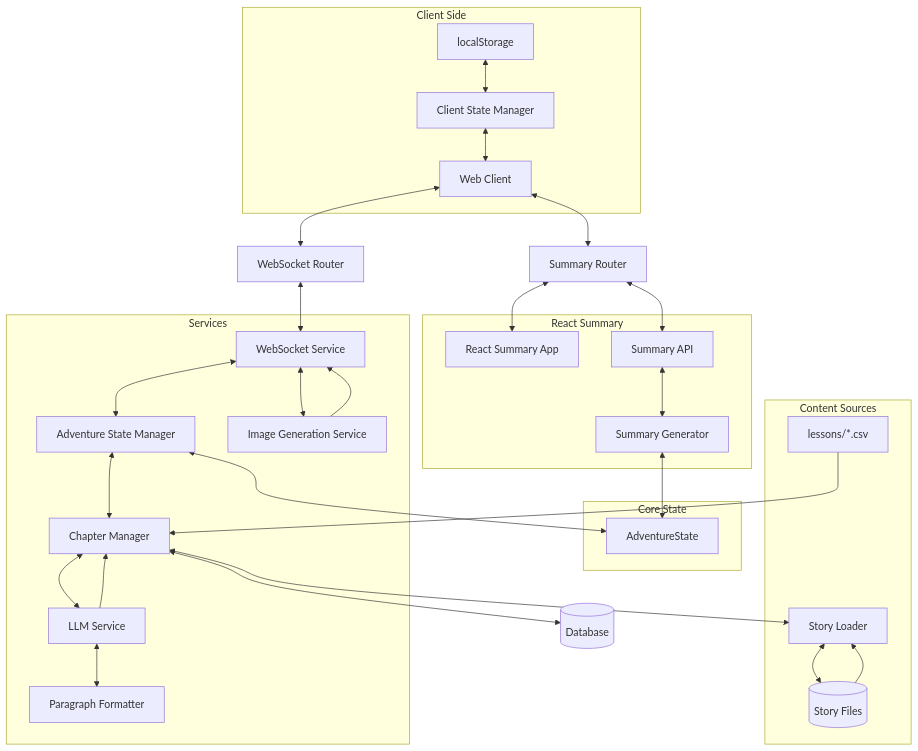
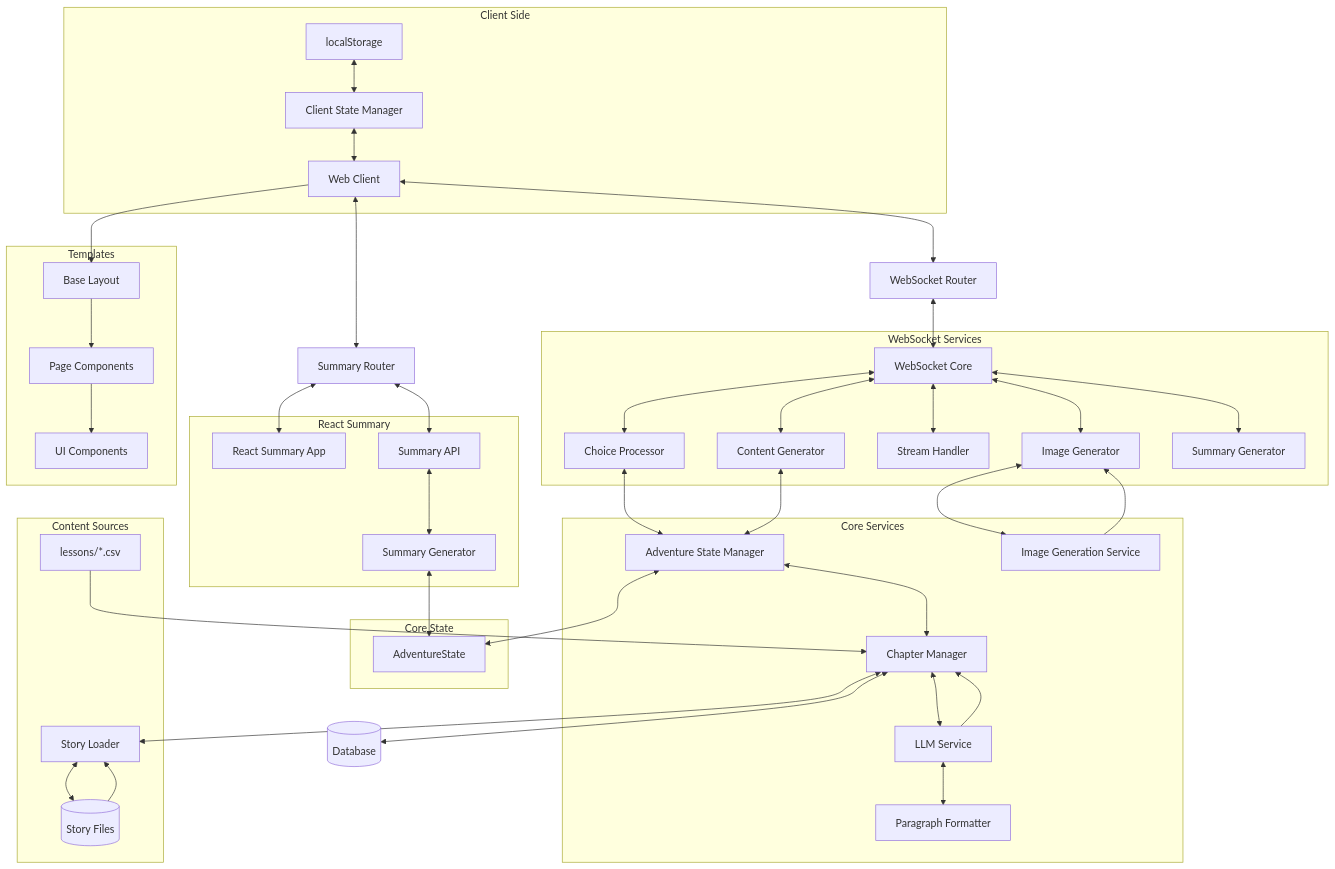
The diagram in memory-bank/systemPatterns.md (DesmondChoy/adventures), drawn with Mermaid before and after one commit. The commit also changed other lines of this file and 4 other files, not shown here.

First line of the commit message:
Refactor WebSocket services and template structure for improved maintainability

````diff
--- a/memory-bank/systemPatterns.md
+++ b/memory-bank/systemPatterns.md
@@ -4,52 +4,78 @@
 ```mermaid
 graph TD
     Client[Web Client] <--> WSR[WebSocket Router]
-    WSR <--> WSS[WebSocket Service]
-    WSS <--> ASM[Adventure State Manager]
+    WSR <--> WSC[WebSocket Core]
+    
+    %% WebSocket Service Components
+    WSC <--> CP[Choice Processor]
+    WSC <--> CG[Content Generator]
+    WSC <--> SH[Stream Handler]
+    WSC <--> IG[Image Generator]
+    WSC <--> SG[Summary Generator]
+    
+    CP <--> ASM[Adventure State Manager]
+    CG <--> ASM
     ASM <--> AS[AdventureState]
     ASM <--> CM[Chapter Manager]
     CM <--> LLM[LLM Service]
     CM <--> DB[(Database)]
-    WSS <--> IMG[Image Generation Service]
+    IG <--> IMG[Image Generation Service]
     CM <--> SL[Story Loader]
     SL <--> SF[(Story Files)]
     LLM <--> PF[Paragraph Formatter]
     
-    %% New React Summary Components
+    %% React Summary Components
     Client <--> SR[Summary Router]
     SR <--> RSUM[React Summary App]
     SR <--> SAPI[Summary API]
     SAPI <--> SGEN[Summary Generator]
     SGEN <--> AS
     
     subgraph Client Side
         LP[localStorage] <--> CSM[Client State Manager]
         CSM <--> Client
     end
 
     subgraph Core State
         AS
     end
 
-    subgraph Services
-        WSS
+    subgraph WebSocket Services
+        WSC
+        CP
+        CG
+        SH
+        IG
+        SG
+    end
+
+    subgraph Core Services
         ASM
         CM
         LLM
         IMG
         PF
     end
 
     subgraph Content Sources
         CSV[lessons/*.csv] --> CM
         LLM --> CM
-        IMG --> WSS
+        IMG --> IG
         SF --> SL
     end
     
     subgraph React Summary
         RSUM
         SAPI
         SGEN
     end
+    
+    subgraph Templates
+        BL[Base Layout]
+        PC[Page Components]
+        UI[UI Components]
+        Client --> BL
+        BL --> PC
+        PC --> UI
+    end
 ```
````
